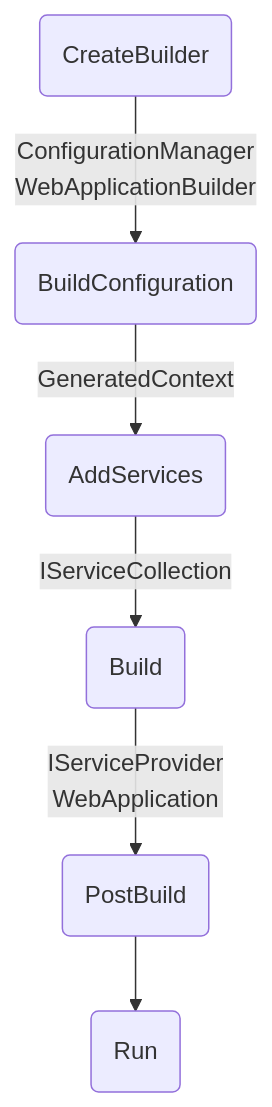
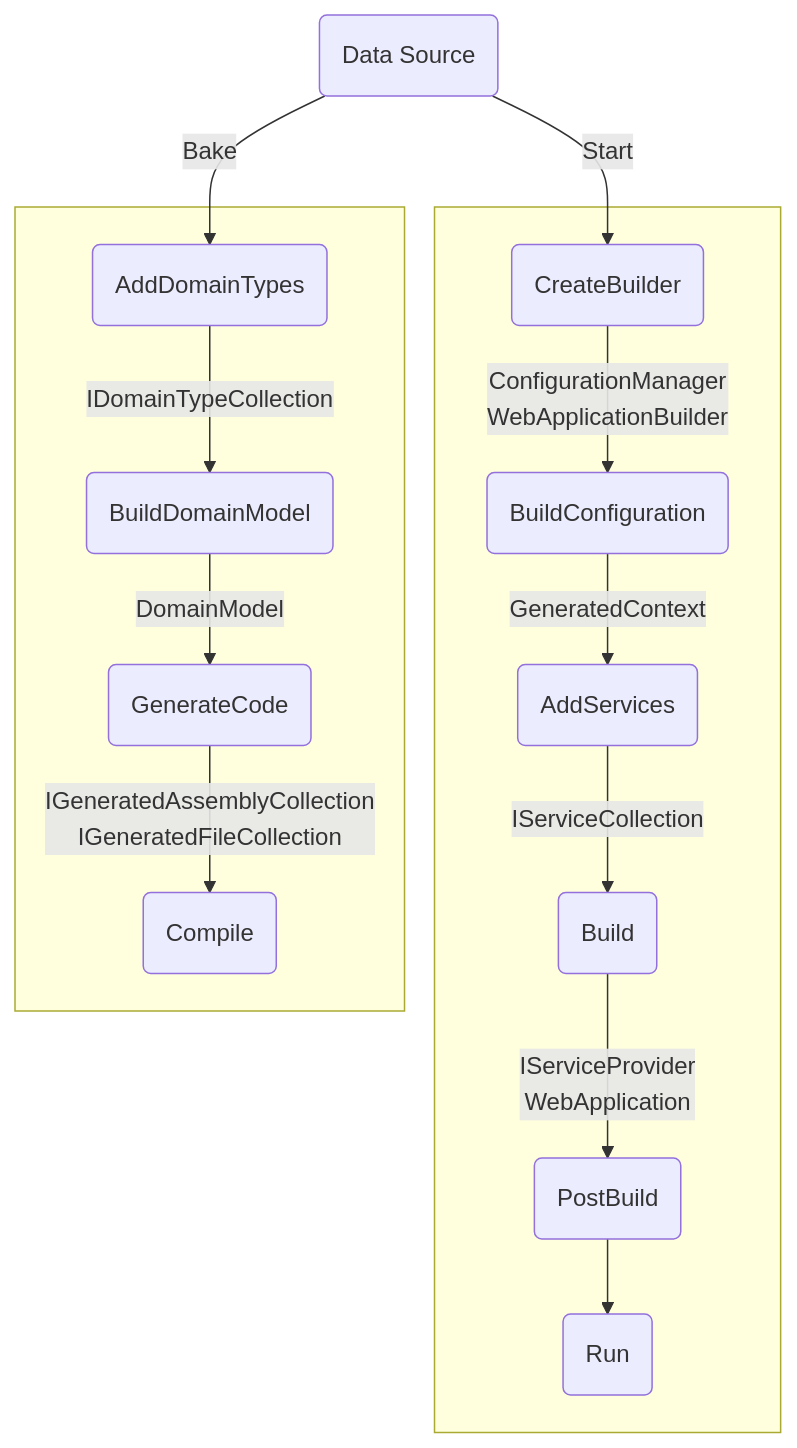
One commit to mouseless/baked changed the diagram in docs/recipes/data-source.md. Above: the diagram before and after it, drawn with Mermaid. The commit also changed 1 other file, not shown here.

Commit message:
merge recipe phase execution graphs

````diff
--- a/docs/recipes/data-source.md
+++ b/docs/recipes/data-source.md
@@ -82,15 +66,44 @@
 ```mermaid
-flowchart TD
+flowchart TD;
+    App(Data Source)
+    
+    AD(AddDomainTypes)
+    BD(BuildDomainModel)
+    GC(GenerateCode)
+    C(Compile)
+
+    App -->|Bake| AD
+    AD -->|IDomainTypeCollection| BD
+    BD -->|DomainModel| GC
+    GC -->|IGeneratedAssemblyCollection\nIGeneratedFileCollection| C
+
     CB(CreateBuilder)
     BC(BuildConfiguration)
     AS(AddServices)
     B(Build)
     PB(PostBuild)
     R(Run)
 
+    App -->|Start| CB
     CB -->|ConfigurationManager\nWebApplicationBuilder| BC
     BC -->|GeneratedContext| AS
     AS -->|IServiceCollection| B
     B -->|IServiceProvider\nWebApplication|PB
     PB --> R
+
+    subgraph Start[ ]
+        CB
+        BC
+        AS
+        B
+        PB
+        R
+    end
+
+    subgraph Bake[ ]
+        AD
+        BD
+        GC
+        C
+    end
 ```
````
